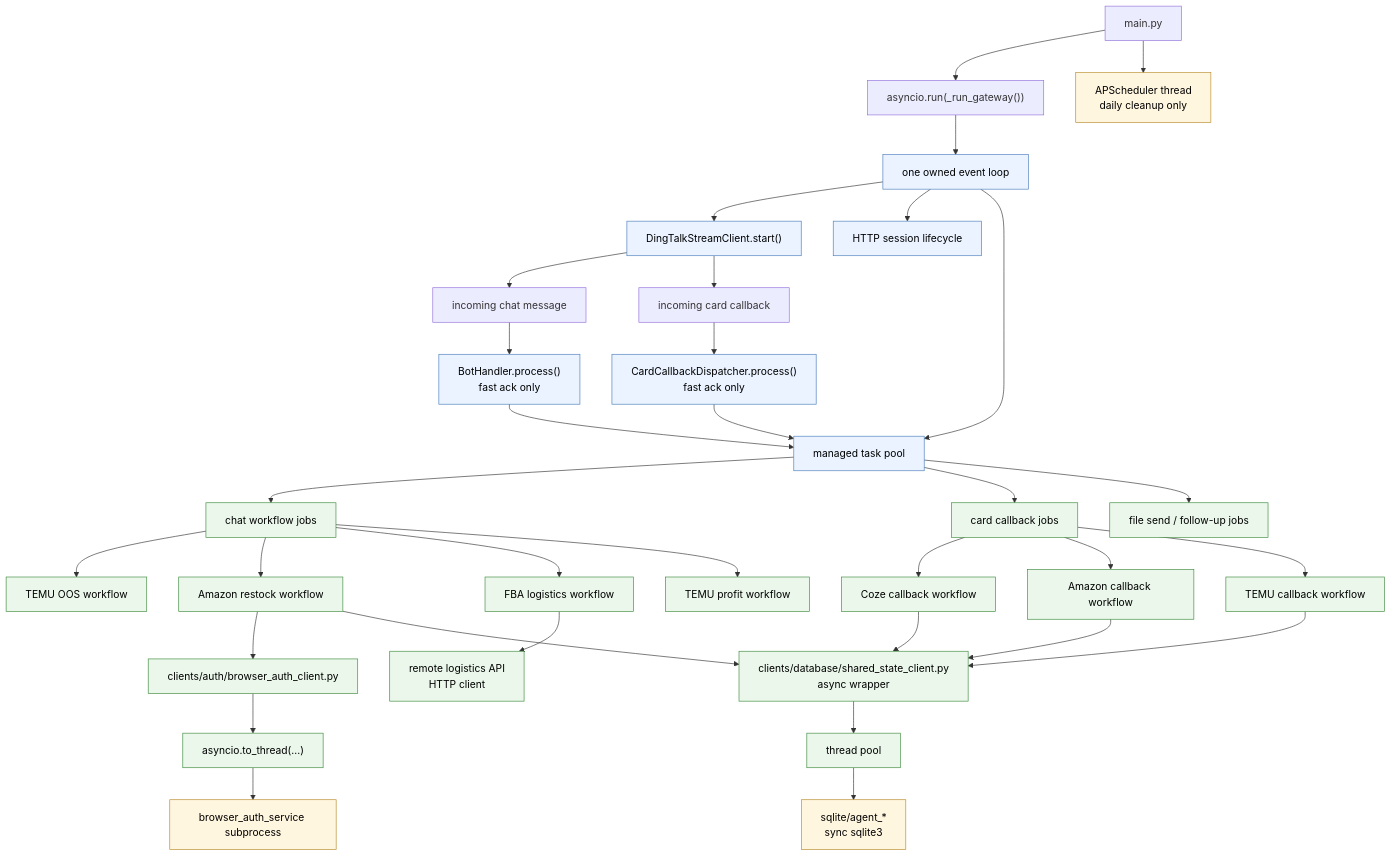
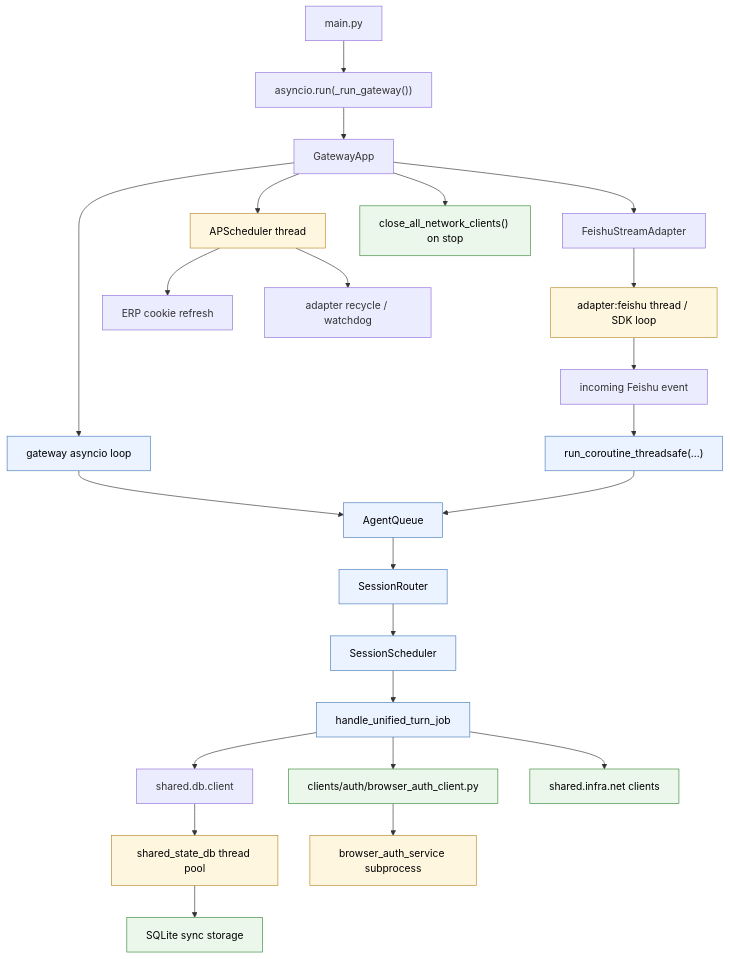
One commit to LXE123/LXE_AGENT changed the diagram in docs/eventloop.md. Above: the diagram before and after it, drawn with Mermaid. The commit also changed other lines of this file and 40 other files, not shown here.

````diff
--- a/docs/eventloop.md
+++ b/docs/eventloop.md
@@ -27,55 +16,39 @@
 ```mermaid
 flowchart TD
     A["main.py"] --> B["asyncio.run(_run_gateway())"]
-    B --> C["one owned event loop"]
+    B --> C["GatewayApp"]
+    C --> D["gateway asyncio loop"]
 
-    C --> D["DingTalkStreamClient.start()"]
-    C --> E["HTTP session lifecycle"]
-    C --> F["managed task pool"]
+    D --> E["AgentQueue"]
+    E --> F["SessionRouter"]
+    F --> G["SessionScheduler"]
+    G --> H["handle_unified_turn_job"]
 
-    D --> G["incoming chat message"]
-    D --> H["incoming card callback"]
+    C --> I["FeishuStreamAdapter"]
+    I --> J["adapter:feishu thread / SDK loop"]
+    J --> K["incoming Feishu event"]
+    K --> L["run_coroutine_threadsafe(...)"]
+    L --> E
 
-    G --> I["BotHandler.process()<br/>fast ack only"]
-    H --> J["CardCallbackDispatcher.process()<br/>fast ack only"]
+    C --> M["APScheduler thread"]
+    M --> N["ERP cookie refresh"]
+    M --> O["adapter recycle / watchdog"]
 
-    I --> F
-    J --> F
+    H --> P["shared.db.client"]
+    P --> Q["shared_state_db thread pool"]
+    Q --> R["SQLite sync storage"]
 
-    F --> K["chat workflow jobs"]
-    F --> L["card callback jobs"]
-    F --> M["file send / follow-up jobs"]
+    H --> S["clients/auth/browser_auth_client.py"]
+    S --> T["browser_auth_service subprocess"]
 
-    K --> N["TEMU OOS workflow"]
-    K --> O["Amazon restock workflow"]
-    K --> P["FBA logistics workflow"]
-    K --> Q["TEMU profit workflow"]
-
-    L --> R["Coze callback workflow"]
-    L --> S["Amazon callback workflow"]
-    L --> T["TEMU callback workflow"]
-
-    O --> U["clients/auth/browser_auth_client.py"]
-    U --> V["asyncio.to_thread(...)"]
-    V --> W["browser_auth_service subprocess"]
-
-    O --> X["clients/database/shared_state_client.py<br/>async wrapper"]
-    P --> Z["remote logistics API<br/>HTTP client"]
-    R --> X
-    S --> X
-    T --> X
-
-    X --> X1["thread pool"]
-
-    X1 --> X2["sqlite/agent_*<br/>sync sqlite3"]
-
-    A --> AA["APScheduler thread<br/>daily cleanup only"]
+    H --> U["shared.infra.net clients"]
+    C --> V["close_all_network_clients() on stop"]
 
     classDef loop fill:#eaf3ff,stroke:#4a7dbb,color:#000;
-    classDef safe fill:#eaf7ea,stroke:#3d8a3d,color:#000;
-    classDef io fill:#fff6df,stroke:#b88a2a,color:#000;
+    classDef thread fill:#fff6df,stroke:#b88a2a,color:#000;
+    classDef io fill:#eaf7ea,stroke:#3d8a3d,color:#000;
 
-    class C,D,E,F,I,J loop;
-    class K,L,M,N,O,P,Q,R,S,T,U,V,X,Z,X1 safe;
-    class W,X2,AA io;
+    class D,E,F,G,H,L loop;
+    class J,M,Q,T thread;
+    class R,S,U,V io;
 ```
````
